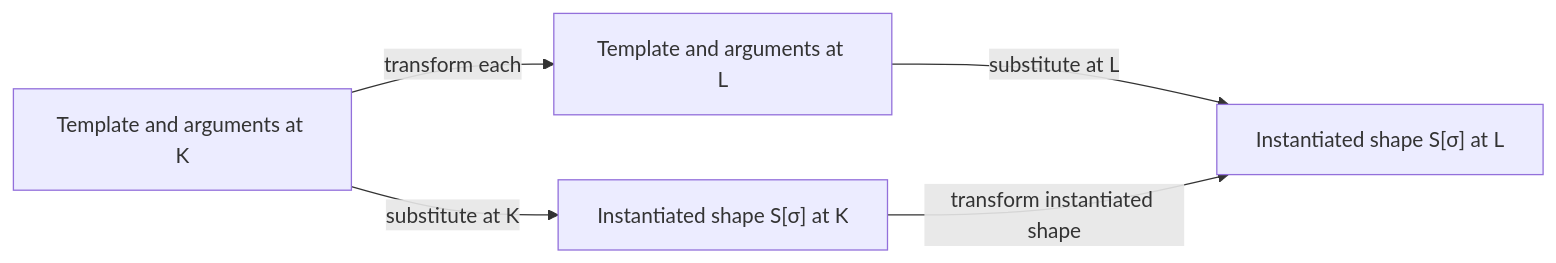
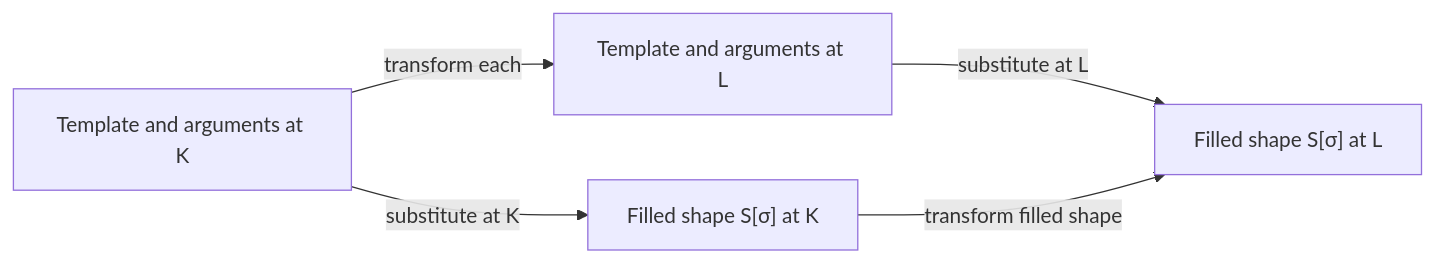
One commit to Bitspark/nightseam changed the third of 3 diagrams in docs/theory/foundations.md. Above: the diagram before and after it, drawn with Mermaid. The commit also changed other lines of this file and 15 other files, not shown here.

````diff
--- a/docs/theory/foundations.md
+++ b/docs/theory/foundations.md
@@ -899,7 +910,7 @@
 ```mermaid
 flowchart LR
     A["Template and arguments at K"] -->|"transform each"| B["Template and arguments at L"]
-    A -->|"substitute at K"| S["Instantiated shape S[σ] at K"]
-    B -->|"substitute at L"| D["Instantiated shape S[σ] at L"]
-    S -->|"transform instantiated shape"| D
+    A -->|"substitute at K"| S["Filled shape S[σ] at K"]
+    B -->|"substitute at L"| D["Filled shape S[σ] at L"]
+    S -->|"transform filled shape"| D
 ```
````
